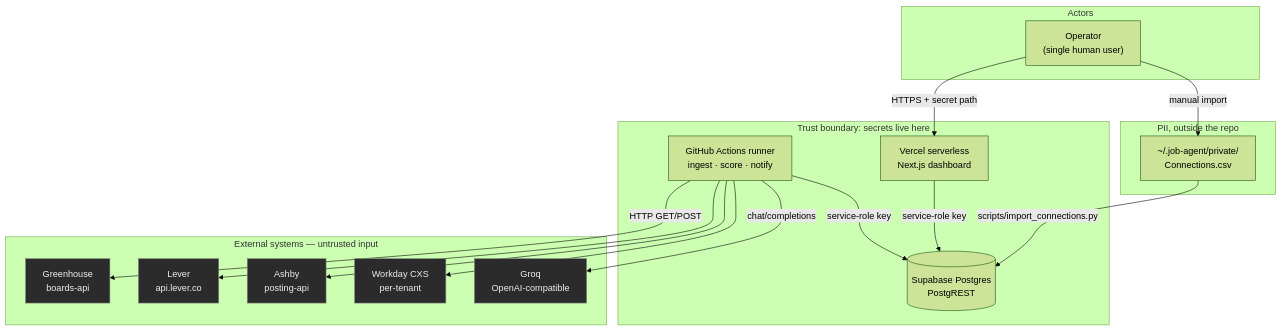
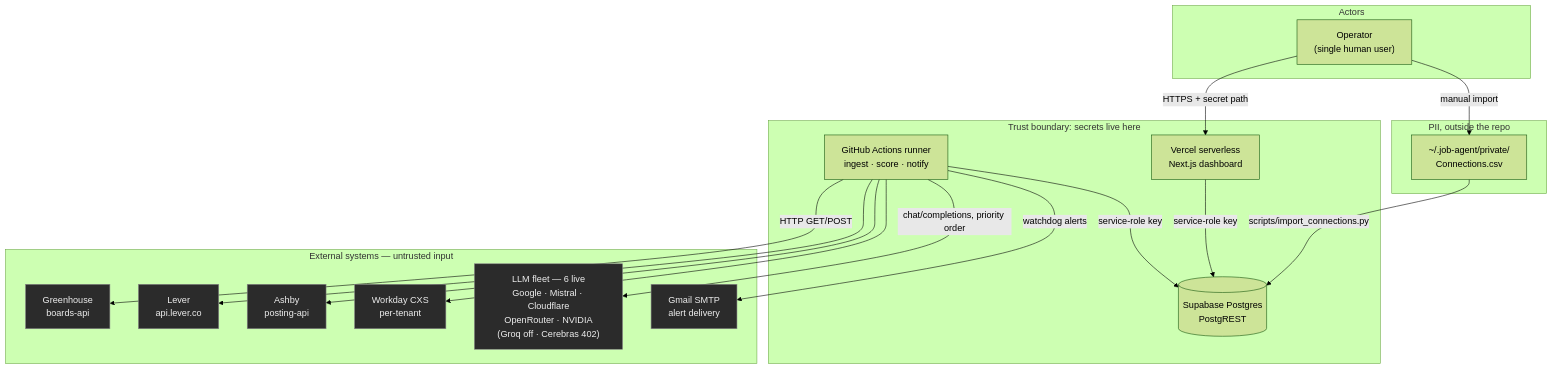
One commit to harsh-m-10/job-discovery-agent changed the first of 6 diagrams in docs/HLD.md. Above: the diagram before and after it, drawn with Mermaid (forest theme). The commit also changed other lines of this file and 3 other files, not shown here.

````diff
--- a/docs/HLD.md
+++ b/docs/HLD.md
@@ -33,39 +32,41 @@
 ```mermaid
 graph TB
     subgraph actors["Actors"]
         OP["Operator<br/>(single human user)"]
     end
 
     subgraph trusted["Trust boundary: secrets live here"]
         GHA["GitHub Actions runner<br/>ingest · score · notify"]
         VERCEL["Vercel serverless<br/>Next.js dashboard"]
         SUPA[("Supabase Postgres<br/>PostgREST")]
     end
 
     subgraph external["External systems — untrusted input"]
         GH_ATS["Greenhouse<br/>boards-api"]
         LEVER["Lever<br/>api.lever.co"]
         ASHBY["Ashby<br/>posting-api"]
         WD["Workday CXS<br/>per-tenant"]
-        GROQ["Groq<br/>OpenAI-compatible"]
+        LLM["LLM fleet — 6 live<br/>Google · Mistral · Cloudflare<br/>OpenRouter · NVIDIA<br/>(Groq off · Cerebras 402)"]
+        SMTP["Gmail SMTP<br/>alert delivery"]
     end
 
     subgraph pii["PII, outside the repo"]
         CSV["~/.job-agent/private/<br/>Connections.csv"]
     end
 
     OP -->|"HTTPS + secret path"| VERCEL
     OP -->|"manual import"| CSV
     CSV -->|"scripts/import_connections.py"| SUPA
 
     GHA -->|"HTTP GET/POST"| GH_ATS
     GHA --> LEVER
     GHA --> ASHBY
     GHA --> WD
-    GHA -->|"chat/completions"| GROQ
+    GHA -->|"chat/completions, priority order"| LLM
+    GHA -->|"watchdog alerts"| SMTP
     GHA -->|"service-role key"| SUPA
     VERCEL -->|"service-role key"| SUPA
 
     classDef ext fill:#2b2b2b,stroke:#888,color:#eee
-    class GH_ATS,LEVER,ASHBY,WD,GROQ ext
+    class GH_ATS,LEVER,ASHBY,WD,LLM,SMTP ext
 ```
````
